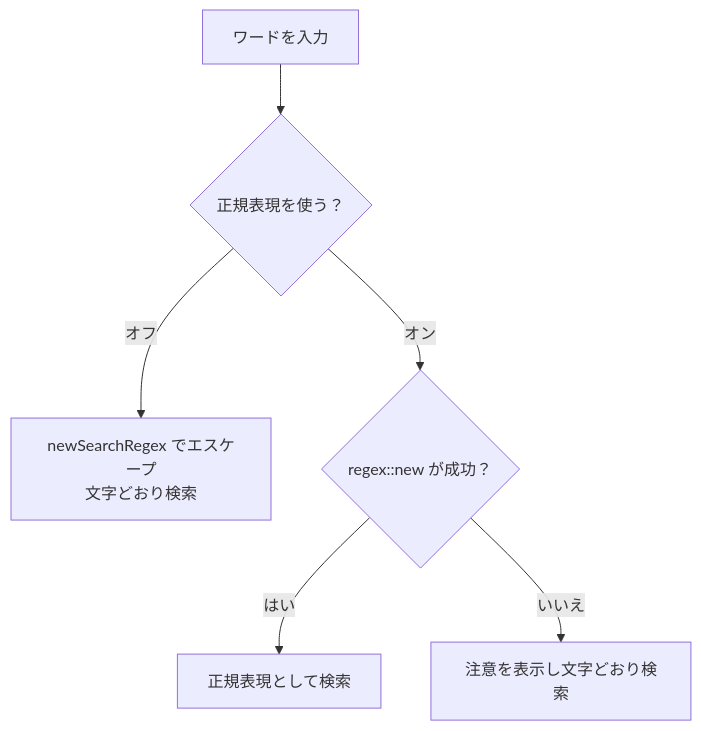
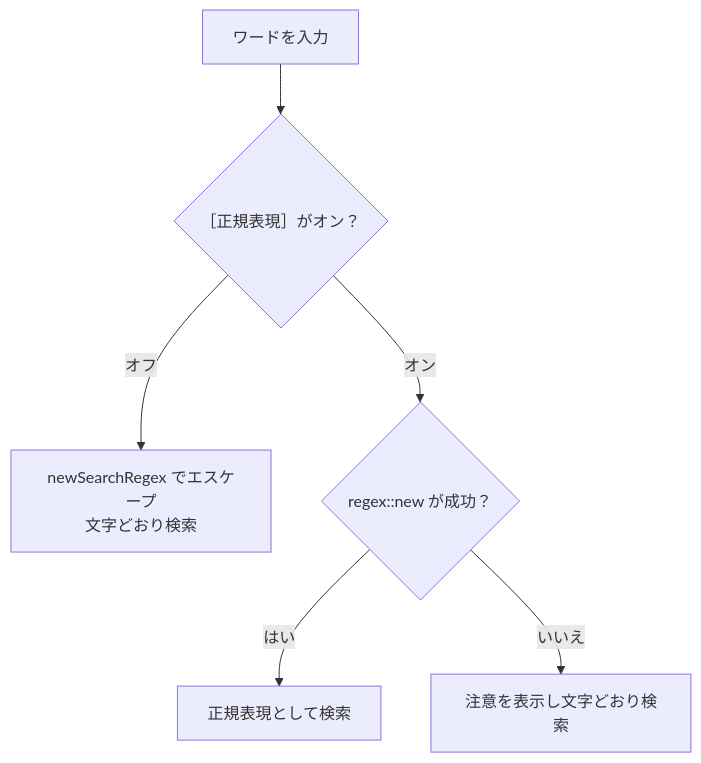
The second of 2 diagrams in docs/design/gui/search-tab.md (hsgwa/tebunko), drawn with Mermaid before and after one commit. The commit also changed other lines of this file and 56 other files, not shown here.

````diff
--- a/docs/design/gui/search-tab.md
+++ b/docs/design/gui/search-tab.md
@@ -55,8 +55,8 @@
 ```mermaid
 flowchart TD
-    W["ワードを入力"] --> R{"正規表現を使う？"}
+    W["ワードを入力"] --> R{"［正規表現］がオン？"}
     R -- オフ --> E["newSearchRegex でエスケープ<br>文字どおり検索"]
     R -- オン --> V{"regex::new が成功？"}
     V -- はい --> Rx["正規表現として検索"]
     V -- いいえ --> E2["注意を表示し文字どおり検索"]
 ```
````
